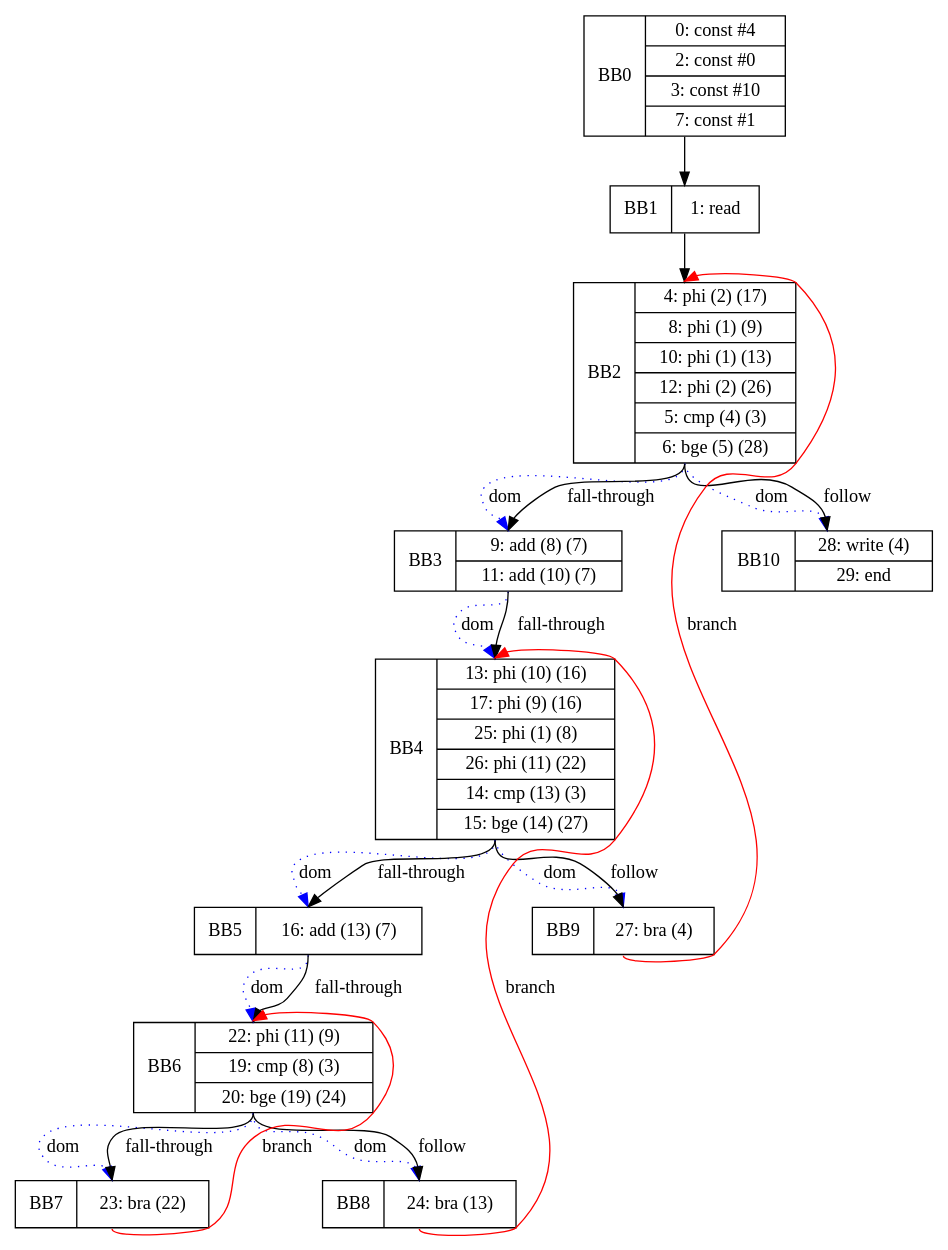
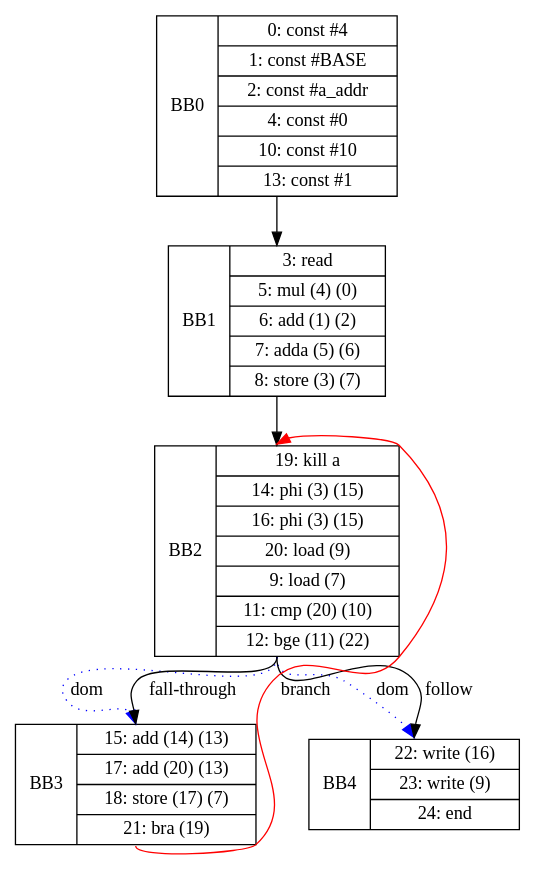
The diagram in IR.dot (johnnysca/Compiler-Project), drawn with Graphviz before and after one commit. The commit also changed 54 other files, not shown here.

```diff
--- a/IR.dot
+++ b/IR.dot
@@ -1,34 +1,14 @@
 digraph G {
-BB0 [shape=record, label="<b>BB0| { 0: const #4 | 2: const #0 | 3: const #10 | 7: const #1 }}"];
+BB0 [shape=record, label="<b>BB0| { 0: const #4 | 1: const #BASE | 2: const #a_addr | 4: const #0 | 10: const #10 | 13: const #1 }}"];
 BB0:s -> BB1:n;
-BB1 [shape=record, label="<b>BB1| { 1: read }}"];
+BB1 [shape=record, label="<b>BB1| { 3: read | 5: mul (4) (0) | 6: add (1) (2) | 7: adda (5) (6) | 8: store (3) (7) }}"];
 BB1:s -> BB2:n;
-BB2 [shape=record, label="<b>BB2| { 4: phi (2) (17) | 8: phi (1) (9) | 10: phi (1) (13) | 12: phi (2) (26) | 5: cmp (4) (3) | 6: bge (5) (28) }}"];
+BB2 [shape=record, label="<b>BB2| { 19: kill a | 14: phi (3) (15) | 16: phi (3) (15) | 20: load (9) | 9: load (7) | 11: cmp (20) (10) | 12: bge (11) (22) }}"];
 BB2:s -> BB3:n [label="dom", style="dotted", color="blue"];
 BB2:s -> BB3:n [label="fall-through"];
-BB3 [shape=record, label="<b>BB3| { 9: add (8) (7) | 11: add (10) (7) }}"];
-BB3:s -> BB4:n [label="dom", style="dotted", color="blue"];
-BB3:s -> BB4:n [label="fall-through"];
-BB4 [shape=record, label="<b>BB4| { 13: phi (10) (16) | 17: phi (9) (16) | 25: phi (1) (8) | 26: phi (11) (22) | 14: cmp (13) (3) | 15: bge (14) (27) }}"];
-BB4:s -> BB5:n [label="dom", style="dotted", color="blue"];
-BB4:s -> BB5:n [label="fall-through"];
-BB5 [shape=record, label="<b>BB5| { 16: add (13) (7) }}"];
-BB5:s -> BB6:n [label="dom", style="dotted", color="blue"];
-BB5:s -> BB6:n [label="fall-through"];
-BB6 [shape=record, label="<b>BB6| { 22: phi (11) (9) | 19: cmp (8) (3) | 20: bge (19) (24) }}"];
-BB6:s -> BB7:n [label="dom", style="dotted", color="blue"];
-BB6:s -> BB7:n [label="fall-through"];
-BB7 [shape=record, label="<b>BB7| { 23: bra (22) }}"];
-BB7:s -> BB6:n [label="branch", color="red"];
-BB6:s -> BB8:n [label="dom", style="dotted", color="blue"];
-BB6:s -> BB8:n [label="follow"];
-BB8 [shape=record, label="<b>BB8| { 24: bra (13) }}"];
-BB8:s -> BB4:n [label="branch", color="red"];
-BB4:s -> BB9:n [label="dom", style="dotted", color="blue"];
-BB4:s -> BB9:n [label="follow"];
-BB9 [shape=record, label="<b>BB9| { 27: bra (4) }}"];
-BB9:s -> BB2:n [label="branch", color="red"];
-BB2:s -> BB10:n [label="dom", style="dotted", color="blue"];
-BB2:s -> BB10:n [label="follow"];
-BB10 [shape=record, label="<b>BB10| { 28: write (4) | 29: end }}"];
+BB3 [shape=record, label="<b>BB3| { 15: add (14) (13) | 17: add (20) (13) | 18: store (17) (7) | 21: bra (19) }}"];
+BB3:s -> BB2:n [label="branch", color="red"];
+BB2:s -> BB4:n [label="dom", style="dotted", color="blue"];
+BB2:s -> BB4:n [label="follow"];
+BB4 [shape=record, label="<b>BB4| { 22: write (16) | 23: write (9) | 24: end }}"];
 }
```
